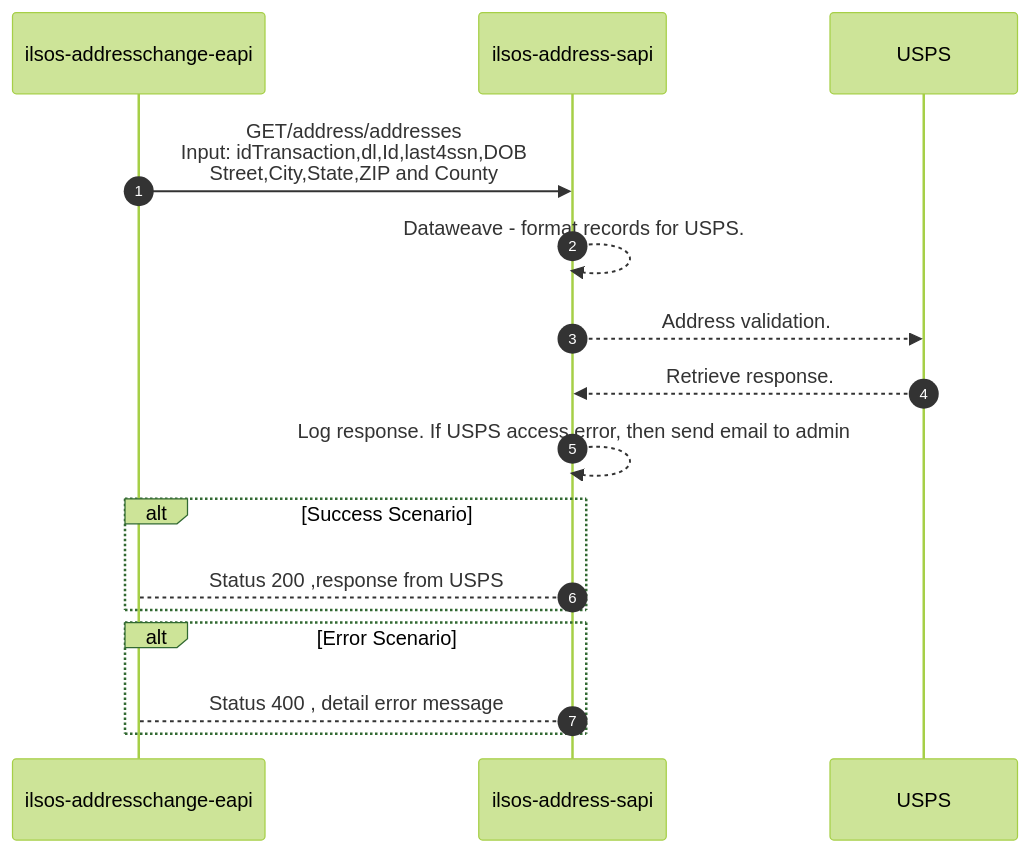
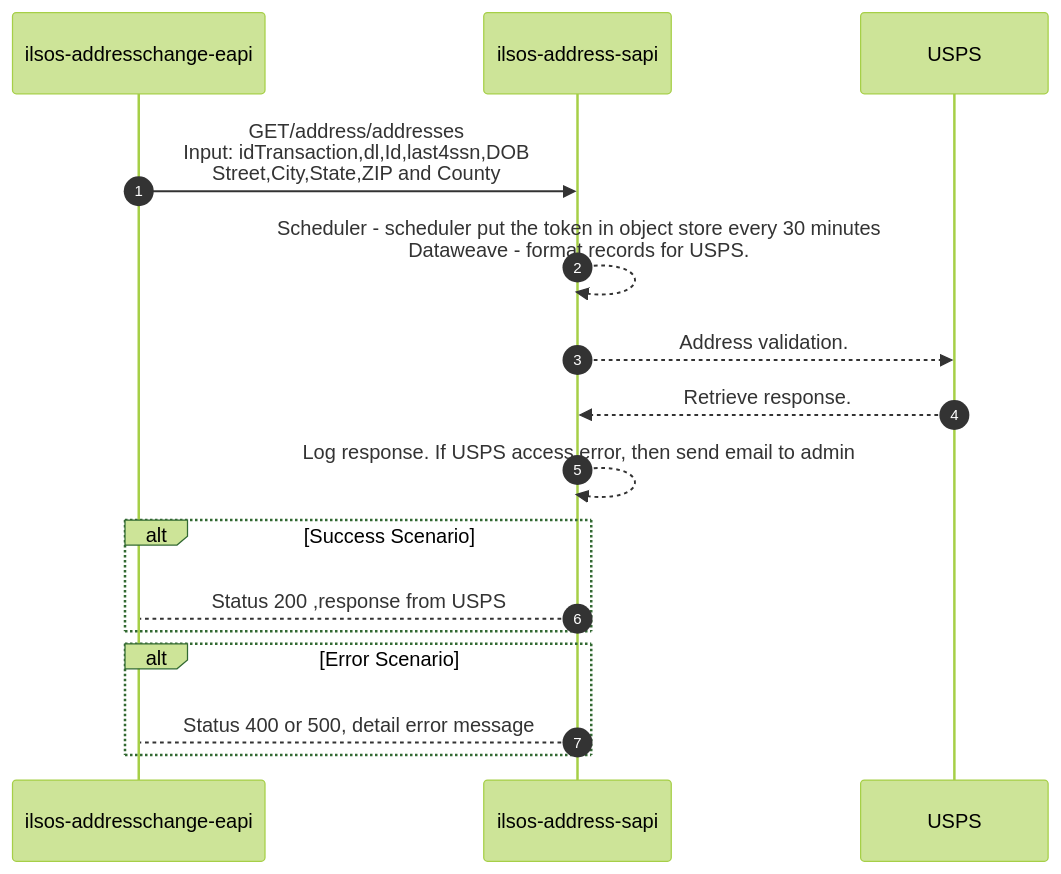
The diagram in README.md (acme-devs/ilsos-address-sapi), drawn with Mermaid (forest theme) before and after one commit.

````diff
--- a/README.md
+++ b/README.md
@@ -27,19 +27,22 @@
 ```mermaid
+
 sequenceDiagram
     autonumber
     participant eapi as ilsos-addresschange-eapi
     participant api as ilsos-address-sapi
     participant usps as USPS
 
     eapi->>api:GET/address/addresses <br>Input: idTransaction,dl,Id,last4ssn,DOB<br>Street,City,State,ZIP and County
-    api-->>api:Dataweave - format records for USPS.
+    api-->>api:Scheduler - scheduler put the token in object store every 30 minutes<br>Dataweave - format records for USPS.
     api-->>usps:Address validation.
     usps-->>api:Retrieve response.
     api-->>api:Log response. If USPS access error, then send email to admin
     alt Success Scenario 
         api-->eapi: Status 200 ,response from USPS
     end
     alt Error Scenario 
-        api-->eapi: Status 400 , detail error message
+        api-->eapi: Status 400 or 500, detail error message
     end
+  
+
   ```
````
